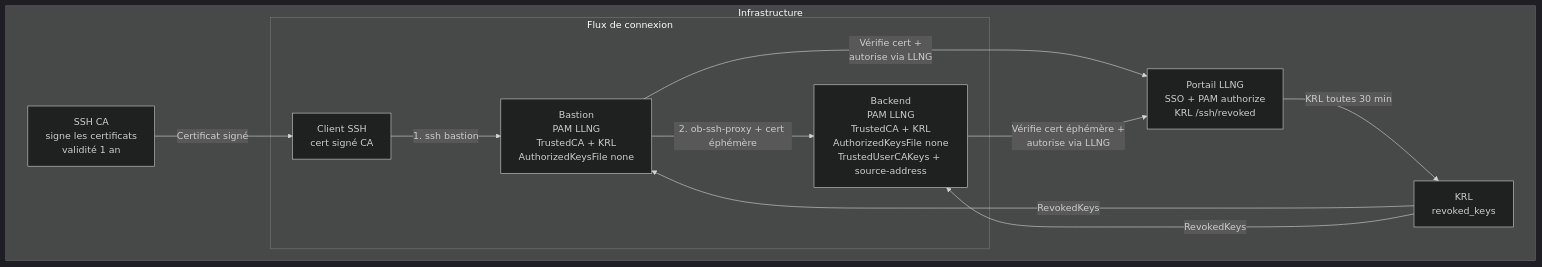
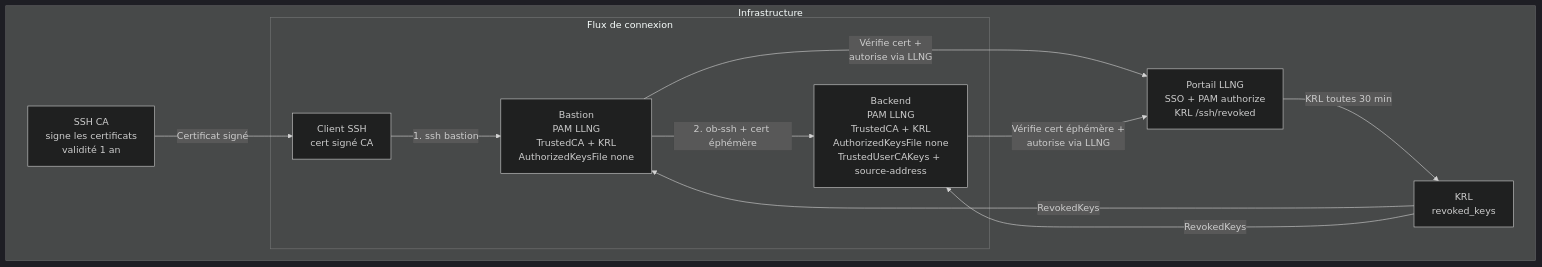
Before and after one commit to linagora/open-bastion: the first of 5 diagrams in doc/security/02-ssh-connection.md, drawn with Mermaid (dark theme). The commit also changed other lines of this file and 31 other files, not shown here.

````diff
--- a/doc/security/02-ssh-connection.md
+++ b/doc/security/02-ssh-connection.md
@@ -33,22 +33,22 @@
 ```mermaid
 flowchart TB
     subgraph Infrastructure
         CA[SSH CA<br/>signe les certificats<br/>validité 1 an]
         LLNG[Portail LLNG<br/>SSO + PAM authorize<br/>KRL /ssh/revoked]
         KRL[KRL<br/>revoked_keys]
 
         CA -->|Certificat signé| Client
 
         subgraph ConnectionFlow["Flux de connexion"]
             Client[Client SSH<br/>cert signé CA] -->|1. ssh bastion| Bastion[Bastion<br/>PAM LLNG<br/>TrustedCA + KRL<br/>AuthorizedKeysFile none]
-            Bastion -->|2. ob-ssh-proxy + cert éphémère| Backend[Backend<br/>PAM LLNG<br/>TrustedCA + KRL<br/>AuthorizedKeysFile none<br/>TrustedUserCAKeys + source-address]
+            Bastion -->|2. ob-ssh + cert éphémère| Backend[Backend<br/>PAM LLNG<br/>TrustedCA + KRL<br/>AuthorizedKeysFile none<br/>TrustedUserCAKeys + source-address]
         end
 
         LLNG -->|KRL toutes 30 min| KRL
         KRL -->|RevokedKeys| Bastion
         KRL -->|RevokedKeys| Backend
 
         Bastion -->|Vérifie cert +<br/>autorise via LLNG| LLNG
         Backend -->|Vérifie cert éphémère +<br/>autorise via LLNG| LLNG
     end
 ```
````
